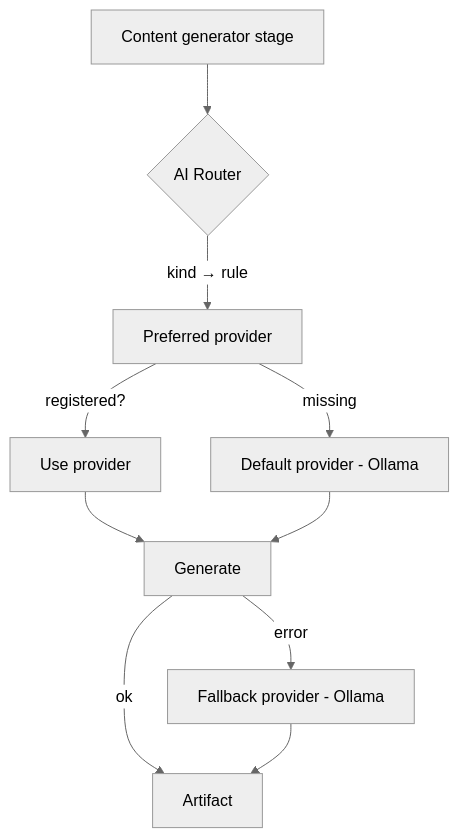
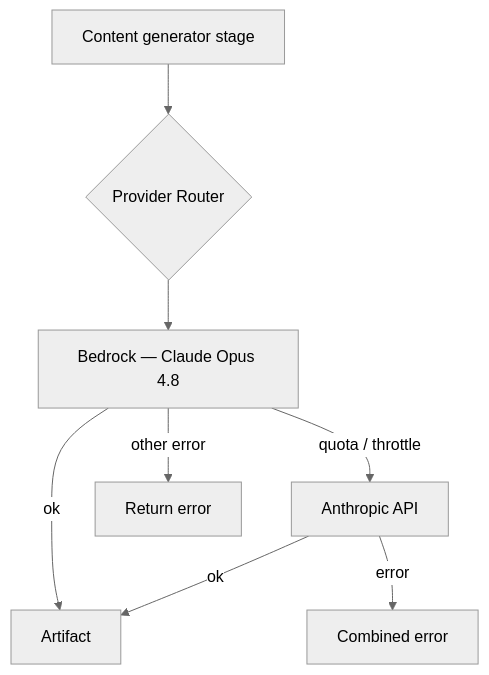
Before and after one commit to teddynted/ai-github-repository-blog-generator: the diagram in docs/hybrid-ai-routing.md, drawn with Mermaid (neutral theme). The commit also changed other lines of this file and 1 other file, not shown here.

First line of the commit message:
docs(config,routing): env vars + AI Provider Router (Stage D)

````diff
--- a/docs/hybrid-ai-routing.md
+++ b/docs/hybrid-ai-routing.md
@@ -27,12 +26,10 @@
 ```mermaid
 flowchart TD
-    G[Content generator stage] --> R{AI Router}
-    R -->|kind → rule| P[Preferred provider]
-    P -->|registered?| USE[Use provider]
-    P -->|missing| DEF[Default provider - Ollama]
-    USE --> CALL[Generate]
-    CALL -->|error| FB[Fallback provider - Ollama]
-    CALL -->|ok| OUT[Artifact]
-    FB --> OUT
-    DEF --> CALL
+    G[Content generator stage] --> R{Provider Router}
+    R --> P1[Bedrock — Claude Opus 4.8]
+    P1 -->|ok| OUT[Artifact]
+    P1 -->|quota / throttle| P2[Anthropic API]
+    P1 -->|other error| ERR[Return error]
+    P2 -->|ok| OUT
+    P2 -->|error| ERR2[Combined error]
 ```
````
